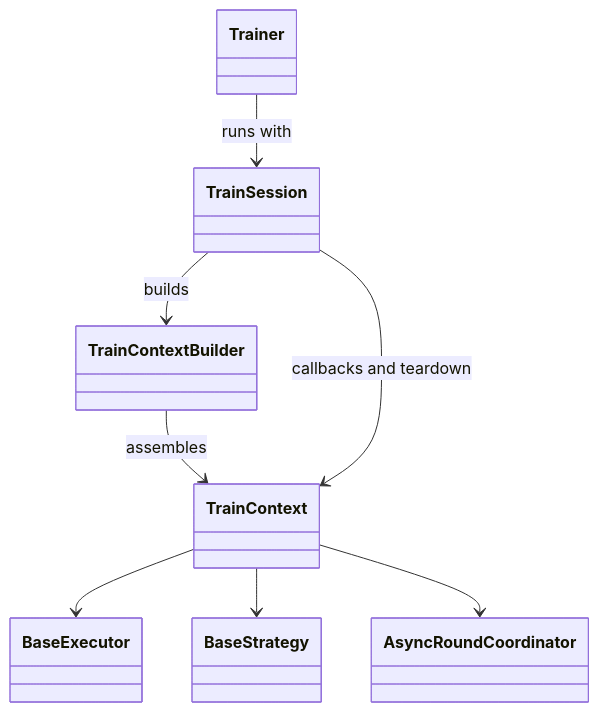
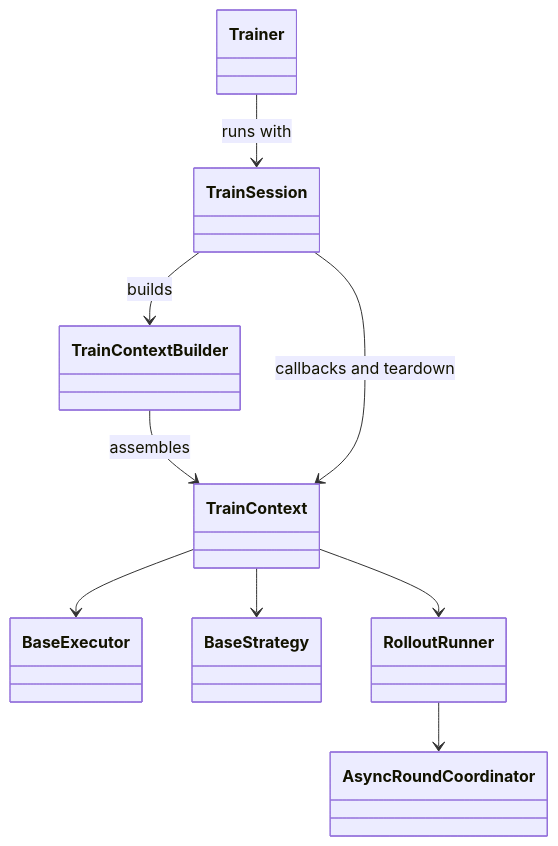
One commit to ViperEkura/AstrAI changed the diagram in docs/developer/trainer/lifecycle.md. Above: the diagram before and after it, drawn with Mermaid. The commit also changed other lines of this file and 32 other files, not shown here.

````diff
--- a/docs/developer/trainer/lifecycle.md
+++ b/docs/developer/trainer/lifecycle.md
@@ -25,10 +25,11 @@
 ```mermaid
 classDiagram
     Trainer --> TrainSession : runs with
     TrainSession --> TrainContextBuilder : builds
     TrainContextBuilder --> TrainContext : assembles
     TrainContext --> BaseExecutor
     TrainContext --> BaseStrategy
-    TrainContext --> AsyncRoundCoordinator
+    TrainContext --> RolloutRunner
+    RolloutRunner --> AsyncRoundCoordinator
     TrainSession --> TrainContext : callbacks and teardown
 ```
````
